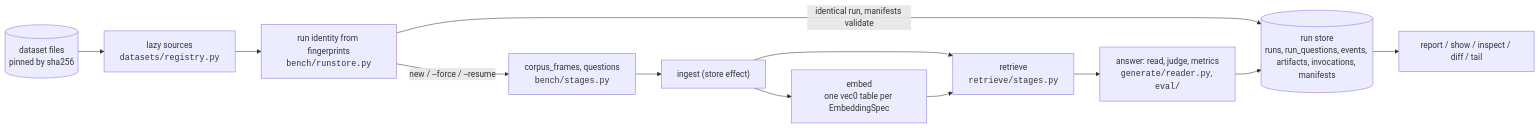
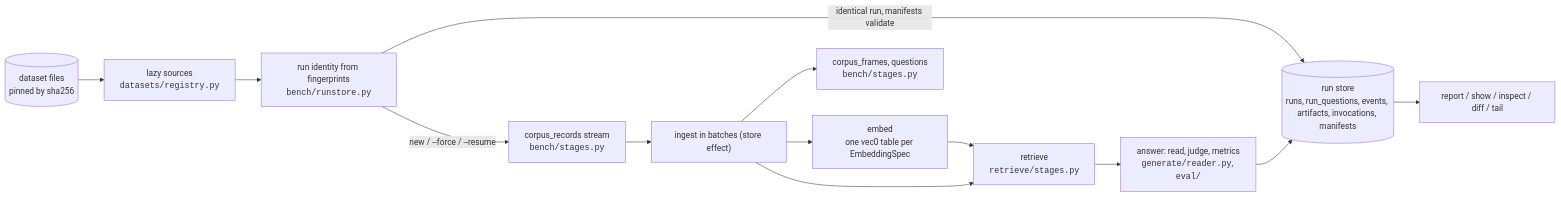
One commit to fkarg/triplum changed the diagram in docs/flow.md. Above: the diagram before and after it, drawn with Mermaid. The commit also changed other lines of this file and 11 other files, not shown here.

Commit message:
Ingest corpus batches incrementally into bound stores

````diff
--- a/docs/flow.md
+++ b/docs/flow.md
@@ -16,14 +16,15 @@
 ```mermaid
 flowchart LR
   DS[("dataset files<br/>pinned by sha256")] --> LOAD["lazy sources<br/><code>datasets/registry.py</code>"]
   LOAD --> ID["run identity from fingerprints<br/><code>bench/runstore.py</code>"]
   ID -- "identical run, manifests validate" --> RS
-  ID -- "new / --force / --resume" --> FR["corpus_frames, questions<br/><code>bench/stages.py</code>"]
-  FR --> DOCS["ingest (store effect)"]
+  ID -- "new / --force / --resume" --> RECORDS["corpus_records stream<br/><code>bench/stages.py</code>"]
+  RECORDS --> DOCS["ingest in batches (store effect)"]
+  DOCS --> FR["corpus_frames, questions<br/><code>bench/stages.py</code>"]
   DOCS --> EMB["embed<br/>one vec0 table per EmbeddingSpec"]
   DOCS --> RET
   EMB --> RET["retrieve<br/><code>retrieve/stages.py</code>"]
   RET --> ANS["answer: read, judge, metrics<br/><code>generate/reader.py</code>, <code>eval/</code>"]
   ANS --> RS[("run store<br/>runs, run_questions, events, artifacts, invocations, manifests")]
   RS --> OUT["report / show / inspect / diff / tail"]
 ```
````
